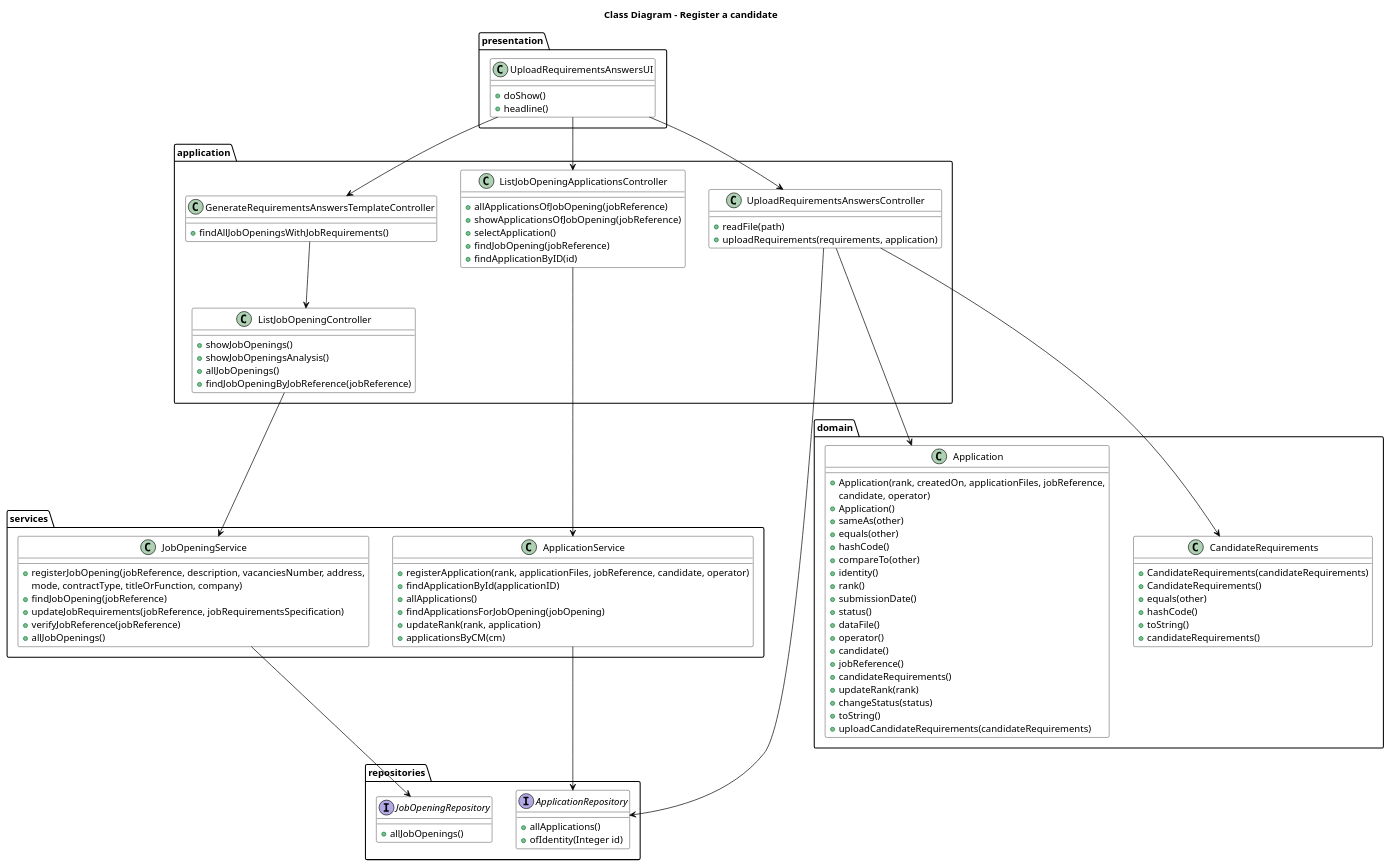
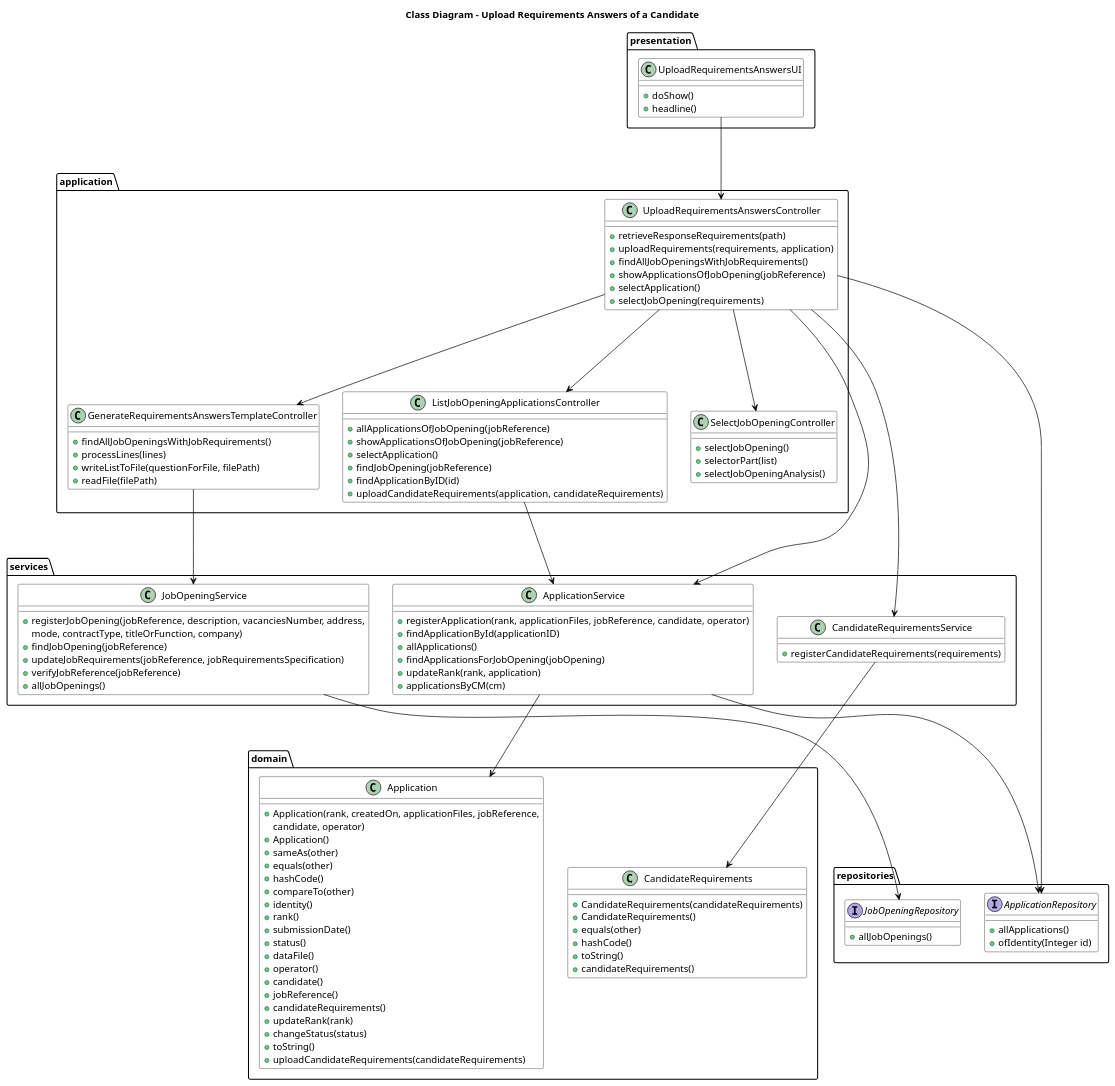
The diagram in docs/SprintC/8-upload-requirements/class-diagram.puml (MiguelCardoso77/LAPR4), drawn with PlantUML before and after one commit. The commit also changed 6 other files, not shown here.

Commit message:
documentation for upload candidate requirements #34

```diff
--- a/docs/SprintC/8-upload-requirements/class-diagram.puml
+++ b/docs/SprintC/8-upload-requirements/class-diagram.puml
@@ -1,131 +1,139 @@
 @startuml
 skinparam class {
     BackgroundColor White
     ArrowColor Black
     BorderColor Black
     FontColor Black
     FontSize 14
 }
 
-Title "Class Diagram - Register a candidate"
+Title "Class Diagram - Upload Requirements Answers of a Candidate "
 
 package "presentation" {
     class UploadRequirementsAnswersUI {
         + doShow()
         + headline()
     }
 }
 
 package "application" {
+    class UploadRequirementsAnswersController {
+        + retrieveResponseRequirements(path)
+        + uploadRequirements(requirements, application)
+        + findAllJobOpeningsWithJobRequirements()
+        + showApplicationsOfJobOpening(jobReference)
+        + selectApplication()
+        + selectJobOpening(requirements)
+    }
     class GenerateRequirementsAnswersTemplateController {
         + findAllJobOpeningsWithJobRequirements()
-    }
-    class UploadRequirementsAnswersController {
-        + readFile(path)
-        + uploadRequirements(requirements, application)
+        + processLines(lines)
+        + writeListToFile(questionForFile, filePath)
+        + readFile(filePath)
     }
     class ListJobOpeningApplicationsController {
         + allApplicationsOfJobOpening(jobReference)
         + showApplicationsOfJobOpening(jobReference)
         + selectApplication()
         + findJobOpening(jobReference)
         + findApplicationByID(id)
+        + uploadCandidateRequirements(application, candidateRequirements)
     }
-    class ListJobOpeningController {
-        + showJobOpenings()
-        + showJobOpeningsAnalysis()
-        + allJobOpenings()
-        + findJobOpeningByJobReference(jobReference)
+    class SelectJobOpeningController {
+        + selectJobOpening()
+        + selectorPart(list)
+        + selectJobOpeningAnalysis()
     }
 }
 
 package "repositories" {
     interface JobOpeningRepository {
         + allJobOpenings()
     }
 
     interface ApplicationRepository {
         + allApplications()
         + ofIdentity(Integer id)
     }
 }
 
 package "domain" {
     class Application {
         + Application(rank, createdOn, applicationFiles, jobReference,
             candidate, operator)
         + Application()
         + sameAs(other)
         + equals(other)
         + hashCode()
         + compareTo(other)
         + identity()
         + rank()
         + submissionDate()
         + status()
         + dataFile()
         + operator()
         + candidate()
         + jobReference()
         + candidateRequirements()
         + updateRank(rank)
         + changeStatus(status)
         + toString()
         + uploadCandidateRequirements(candidateRequirements)
     }
 
     class CandidateRequirements {
         + CandidateRequirements(candidateRequirements)
         + CandidateRequirements()
         + equals(other)
         + hashCode()
         + toString()
         + candidateRequirements()
     }
 }
 
 package "services" {
     class JobOpeningService {
         + registerJobOpening(jobReference, description, vacanciesNumber, address,
             mode, contractType, titleOrFunction, company)
         + findJobOpening(jobReference)
         + updateJobRequirements(jobReference, jobRequirementsSpecification)
         + verifyJobReference(jobReference)
         + allJobOpenings()
     }
 
     class ApplicationService {
         + registerApplication(rank, applicationFiles, jobReference, candidate, operator)
         + findApplicationById(applicationID)
         + allApplications()
         + findApplicationsForJobOpening(jobOpening)
         + updateRank(rank, application)
         + applicationsByCM(cm)
     }
+
+    class CandidateRequirementsService {
+        + registerCandidateRequirements(requirements)
+    }
 }
-
-UploadRequirementsAnswersUI --> GenerateRequirementsAnswersTemplateController
-
-GenerateRequirementsAnswersTemplateController --> ListJobOpeningController
-
-ListJobOpeningController --> JobOpeningService
-
-JobOpeningService --> JobOpeningRepository
-
-UploadRequirementsAnswersUI --> ListJobOpeningApplicationsController
-
-ListJobOpeningApplicationsController --> ApplicationService
-
-ApplicationService --> ApplicationRepository
-
-UploadRequirementsAnswersUI --> UploadRequirementsAnswersController
-
-UploadRequirementsAnswersController ---> CandidateRequirements
-
-UploadRequirementsAnswersController ---> Application
-
-UploadRequirementsAnswersController ---> ApplicationRepository
 
 
 
+UploadRequirementsAnswersUI ---> UploadRequirementsAnswersController
+
+UploadRequirementsAnswersController ---> GenerateRequirementsAnswersTemplateController
+UploadRequirementsAnswersController ---> ListJobOpeningApplicationsController
+UploadRequirementsAnswersController ---> SelectJobOpeningController
+UploadRequirementsAnswersController ---> CandidateRequirementsService
+UploadRequirementsAnswersController ---> ApplicationService
+UploadRequirementsAnswersController ---> ApplicationRepository
+
+GenerateRequirementsAnswersTemplateController ---> JobOpeningService
+
+JobOpeningService ---> JobOpeningRepository
+
+ListJobOpeningApplicationsController ---> ApplicationService
+
+ApplicationService ---> ApplicationRepository
+ApplicationService ---> Application
+
+CandidateRequirementsService ---> CandidateRequirements
 @enduml
```
